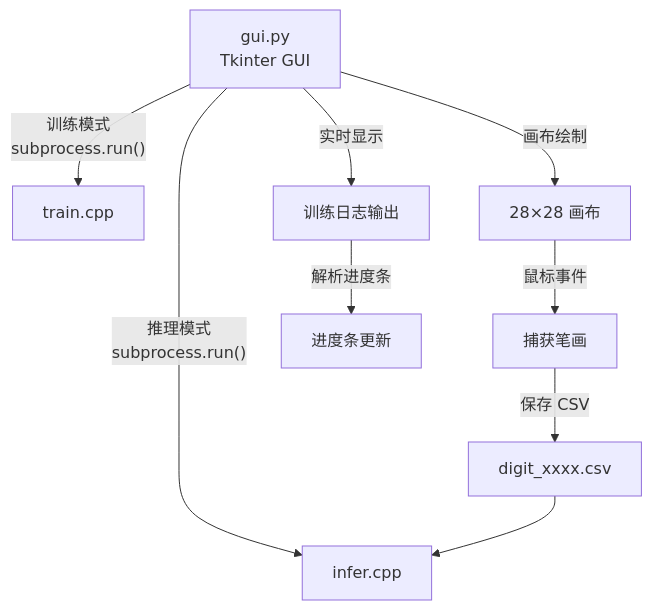
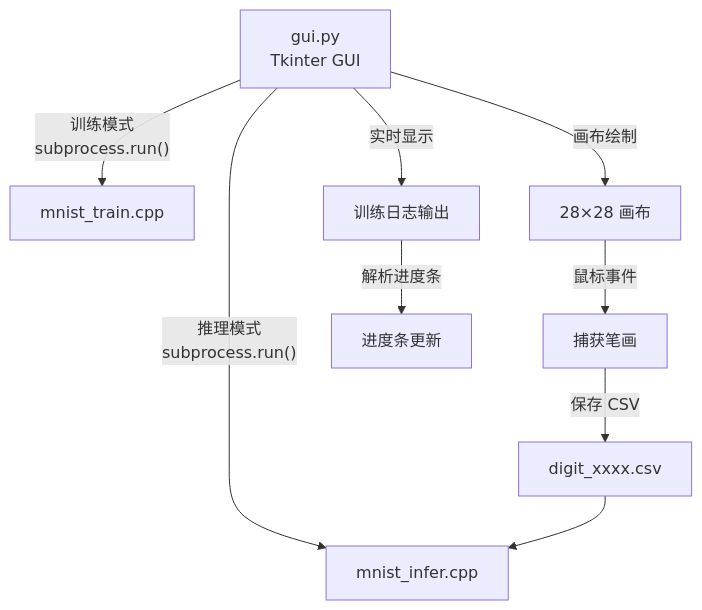
Before and after one commit to EthanPeng-2048/neuralnet.cpp: diagram 11 of 13 in docs/ARCHITECTURE.md, drawn with Mermaid. The commit also changed other lines of this file and 31 other files, not shown here.

````diff
--- a/docs/ARCHITECTURE.md
+++ b/docs/ARCHITECTURE.md
@@ -402,13 +398,13 @@
 ```mermaid
 flowchart TD
-    GUI["gui.py<br/>Tkinter GUI"] -->|"训练模式<br/>subprocess.run()"| TRAIN["train.cpp"]
-    GUI -->|"推理模式<br/>subprocess.run()"| INFER["infer.cpp"]
+    GUI["gui.py<br/>Tkinter GUI"] -->|"训练模式<br/>subprocess.run()"| TRAIN["mnist_train.cpp"]
+    GUI -->|"推理模式<br/>subprocess.run()"| INFER["mnist_infer.cpp"]
 
     GUI -->|"画布绘制"| CANVAS["28×28 画布"]
     CANVAS -->|"鼠标事件"| DRAW["捕获笔画"]
     DRAW -->|"保存 CSV"| CSV["digit_xxxx.csv"]
     CSV --> INFER
 
     GUI -->|"实时显示"| LOG["训练日志输出"]
     LOG -->|"解析进度条"| PROGRESS["进度条更新"]
 ```
````
